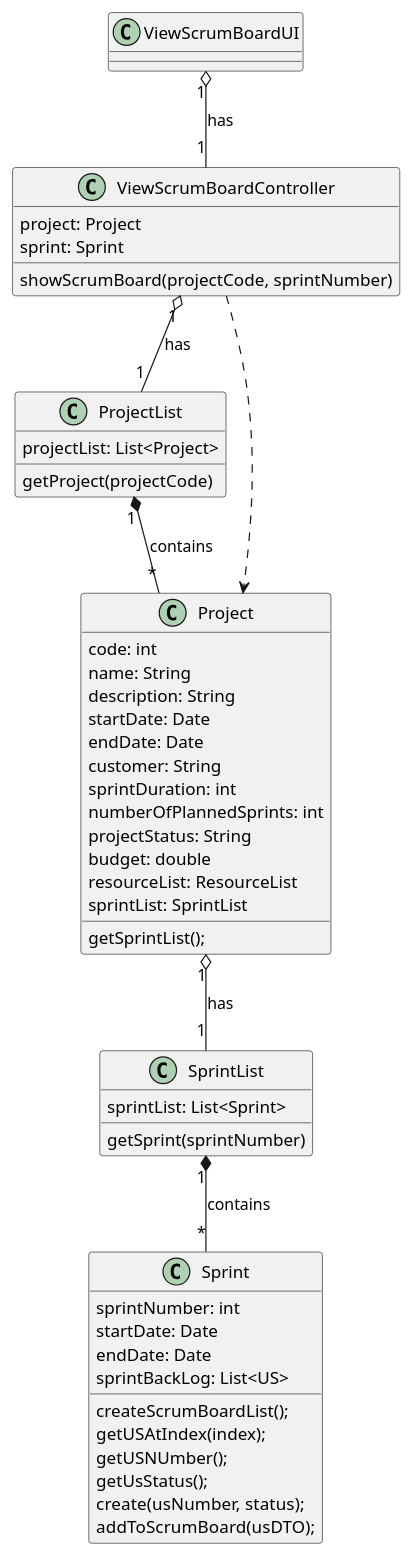
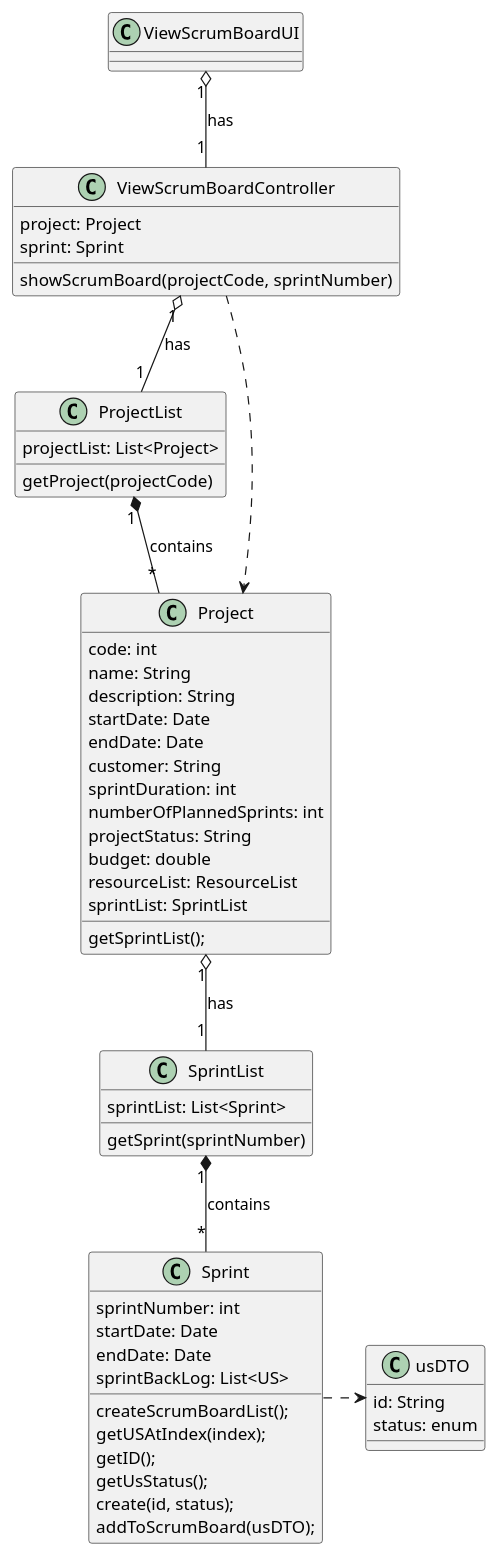
The diagram in docs/modelling_design/user_stories/us022/US022_ViewScrumBoardCD.puml (ivo-menezes/project_g3), drawn with PlantUML before and after one commit. The commit also changed 1 other file, not shown here.

```diff
--- a/docs/modelling_design/user_stories/us022/US022_ViewScrumBoardCD.puml
+++ b/docs/modelling_design/user_stories/us022/US022_ViewScrumBoardCD.puml
@@ -1,60 +1,65 @@
 @startuml
 
 class ViewScrumBoardUI {
 }
 
 class ViewScrumBoardController {
 project: Project
 sprint: Sprint
 showScrumBoard(projectCode, sprintNumber)
 }
 
 class ProjectList {
 projectList: List<Project>
 getProject(projectCode)
 }
 
 class Project {
 code: int
 name: String
 description: String
 startDate: Date
 endDate: Date
 customer: String
 sprintDuration: int
 numberOfPlannedSprints: int
 projectStatus: String
 budget: double
 resourceList: ResourceList
 sprintList: SprintList
 getSprintList();
 }
 
 class SprintList {
 sprintList: List<Sprint>
 getSprint(sprintNumber)
 }
 
+class usDTO{
+id: String
+status: enum
+}
+
 class Sprint{
 sprintNumber: int
 startDate: Date
 endDate: Date
 sprintBackLog: List<US>
 createScrumBoardList();
 getUSAtIndex(index);
-getUSNUmber();
+getID();
 getUsStatus();
-create(usNumber, status);
+create(id, status);
 addToScrumBoard(usDTO);
 }
 
 ViewScrumBoardUI "1" o--  "1" ViewScrumBoardController: has
 ViewScrumBoardController "1" o-- "1" ProjectList: has
 ProjectList "1" *-- "*" Project: contains
 Project "1" o-- "1" SprintList: has
 SprintList "1" *-- "*" Sprint: contains
 ViewScrumBoardController ..> Project
-
+Sprint .right.> usDTO
 
 
 @enduml
```
